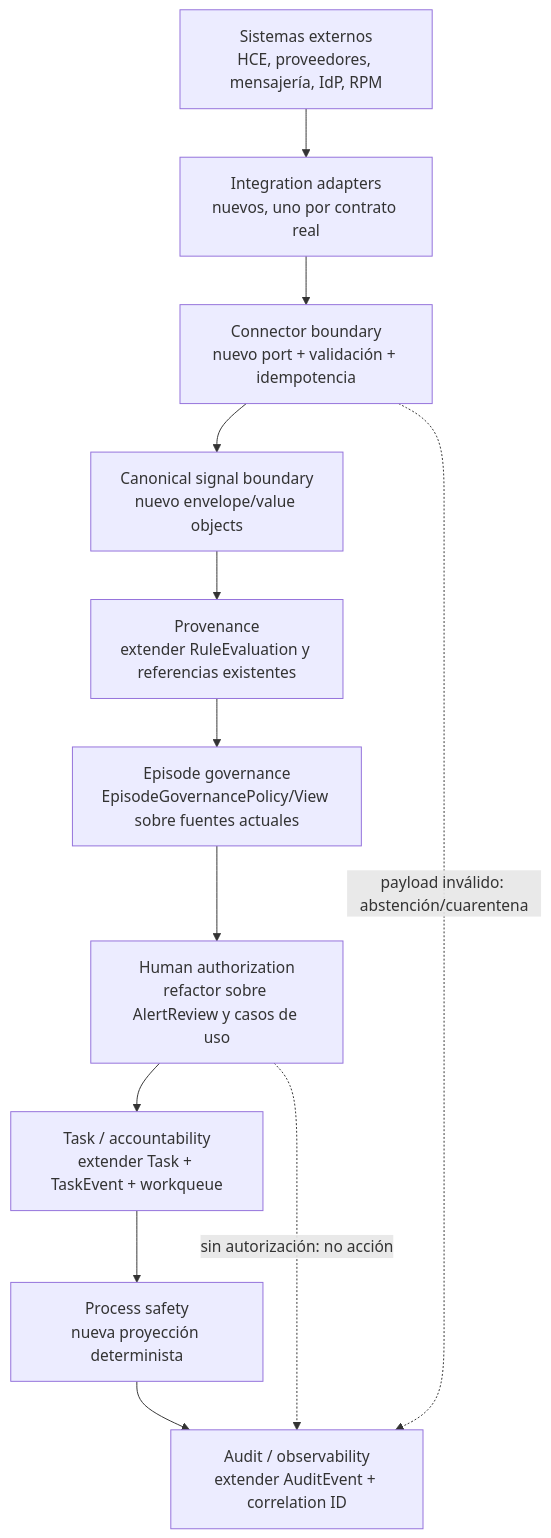
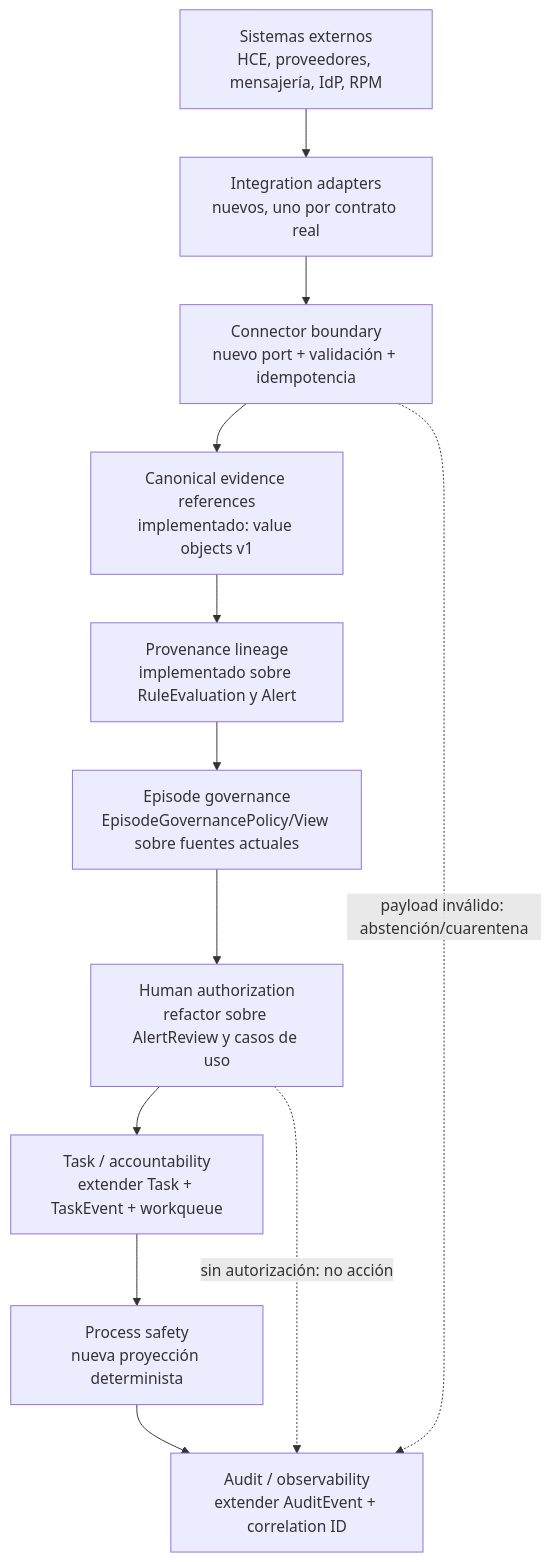
Before and after one commit to Luis195f/guardian-alta-segura: the first of 2 diagrams in docs/architecture/gas2-target-architecture.md, drawn with Mermaid. The commit also changed other lines of this file and 24 other files, not shown here.

Commit message:
feat(gas2): add canonical signal provenance boundary (#14)

````diff
--- a/docs/architecture/gas2-target-architecture.md
+++ b/docs/architecture/gas2-target-architecture.md
@@ -12,26 +12,26 @@
 ```mermaid
 flowchart TB
   EXT["Sistemas externos<br/>HCE, proveedores, mensajería, IdP, RPM"]
   ADAPTERS["Integration adapters<br/>nuevos, uno por contrato real"]
   CONNECTOR["Connector boundary<br/>nuevo port + validación + idempotencia"]
-  SIGNAL["Canonical signal boundary<br/>nuevo envelope/value objects"]
-  PROV["Provenance<br/>extender RuleEvaluation y referencias existentes"]
+  SIGNAL["Canonical evidence references<br/>implementado: value objects v1"]
+  PROV["Provenance lineage<br/>implementado sobre RuleEvaluation y Alert"]
   EPISODE["Episode governance<br/>EpisodeGovernancePolicy/View sobre fuentes actuales"]
   HUMAN["Human authorization<br/>refactor sobre AlertReview y casos de uso"]
   TASK["Task / accountability<br/>extender Task + TaskEvent + workqueue"]
   PROCESS["Process safety<br/>nueva proyección determinista"]
   EVIDENCE["Audit / observability<br/>extender AuditEvent + correlation ID"]
 
   EXT --> ADAPTERS
   ADAPTERS --> CONNECTOR
   CONNECTOR --> SIGNAL
   SIGNAL --> PROV
   PROV --> EPISODE
   EPISODE --> HUMAN
   HUMAN --> TASK
   TASK --> PROCESS
   PROCESS --> EVIDENCE
 
   HUMAN -. "sin autorización: no acción" .-> EVIDENCE
   CONNECTOR -. "payload inválido: abstención/cuarentena" .-> EVIDENCE
 ```
````
